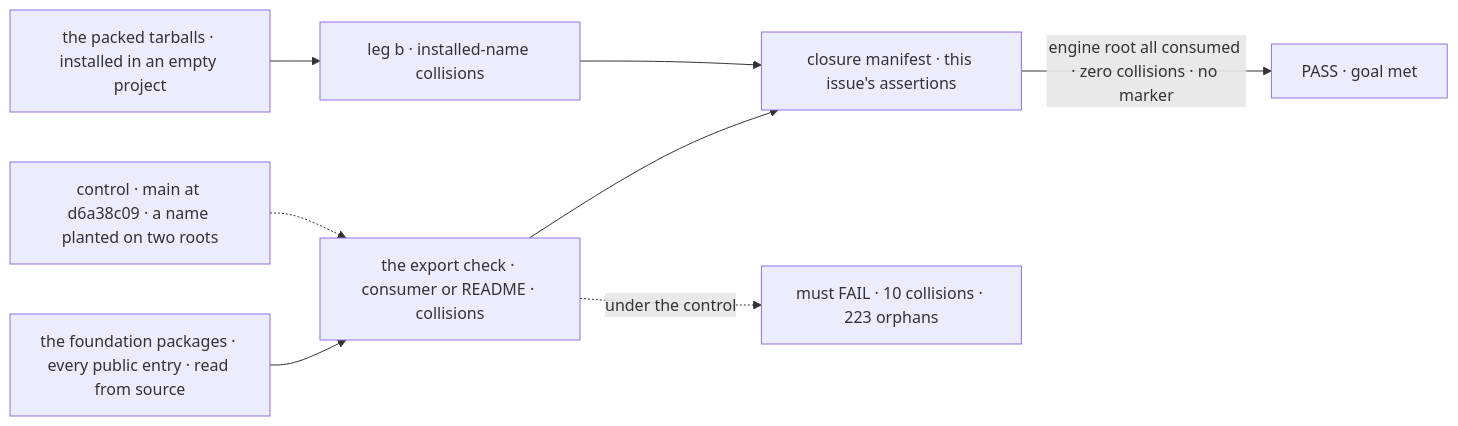
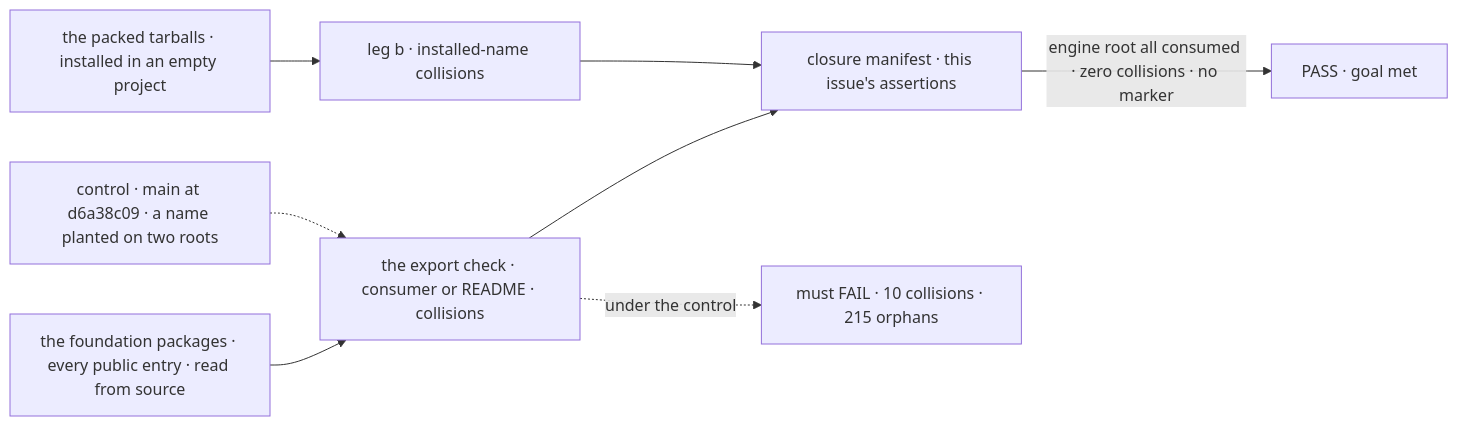
The diagram in specs/issues/FIX-2449/SPEC.md (fixpoint-labs/flow-state-dev), drawn with Mermaid before and after one commit. The commit also changed other lines of this file and 5 other files, not shown here.

````diff
--- a/specs/issues/FIX-2449/SPEC.md
+++ b/specs/issues/FIX-2449/SPEC.md
@@ -31,10 +31,10 @@
 ```mermaid
 flowchart LR
   S["the foundation packages · every public entry · read from source"] --> X["the export check · consumer or README · collisions"]
   T["the packed tarballs · installed in an empty project"] --> B["leg b · installed-name collisions"]
   X --> M["closure manifest · this issue's assertions"]
   B --> M
   M -->|"engine root all consumed · zero collisions · no marker"| P["PASS · goal met"]
   C["control · main at d6a38c09 · a name planted on two roots"] -.-> X
-  X -.->|"under the control"| F["must FAIL · 10 collisions · 223 orphans"]
+  X -.->|"under the control"| F["must FAIL · 10 collisions · 215 orphans"]
 ```
````
